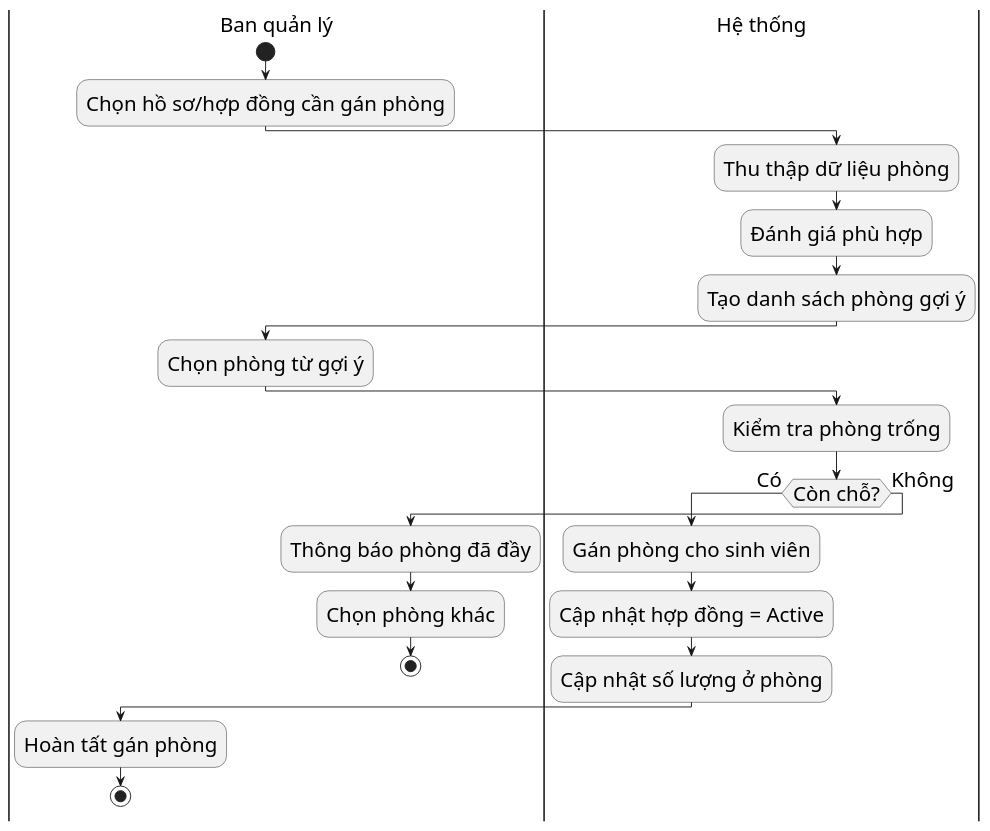
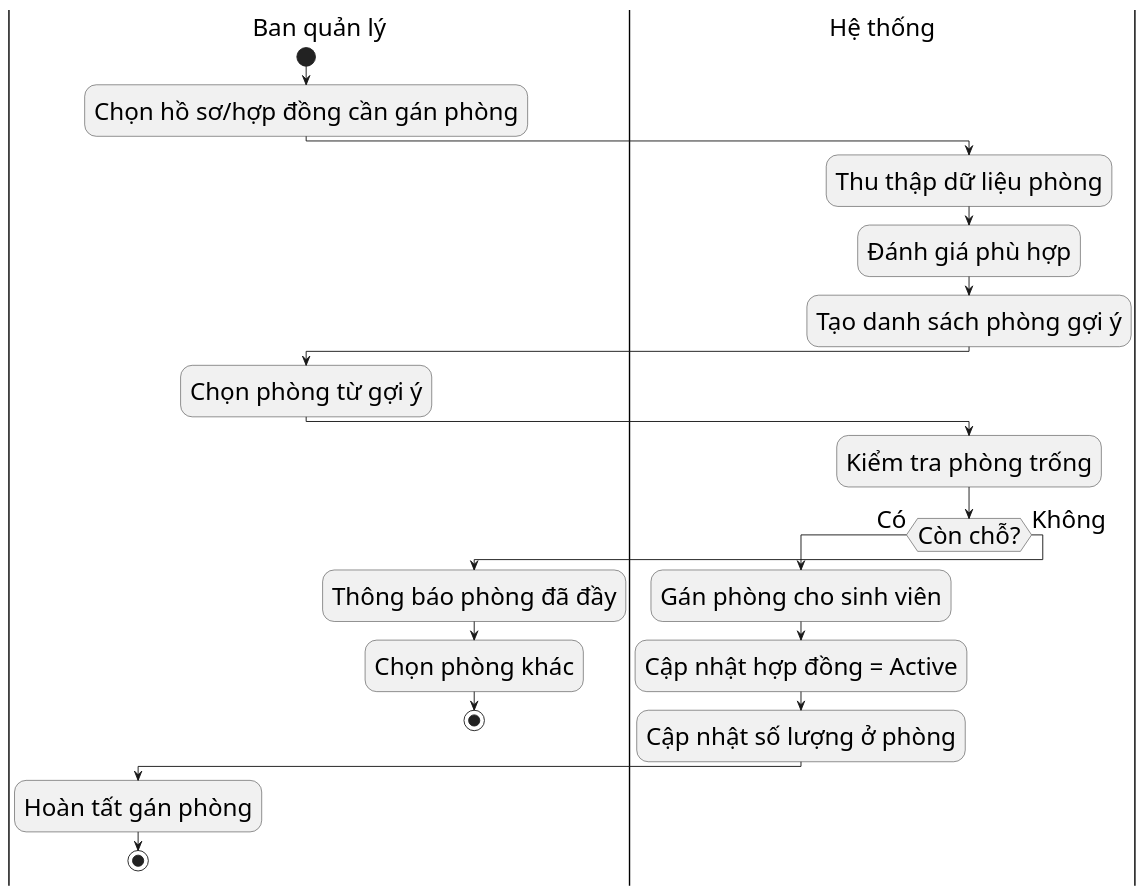
One commit to s0nbuildtech287/dormitory-frontend changed the diagram in diagrams/nhomphonghopdong/room_assignment_activity.puml. Above: the diagram before and after it, drawn with PlantUML. The commit also changed 2 other files, not shown here.

```diff
--- a/diagrams/nhomphonghopdong/room_assignment_activity.puml
+++ b/diagrams/nhomphonghopdong/room_assignment_activity.puml
@@ -1,28 +1,28 @@
 @startuml "Room Assignment Activity"
-skinparam defaultFontSize 22
+skinparam defaultFontSize 26s
 skinparam defaultFontName "Times New Roman"
 |Ban quản lý|
 start
 :Chọn hồ sơ/hợp đồng cần gán phòng;
 |Hệ thống|
 :Thu thập dữ liệu phòng;
 :Đánh giá phù hợp;
 :Tạo danh sách phòng gợi ý;
 |Ban quản lý|
 :Chọn phòng từ gợi ý;
 |Hệ thống|
 :Kiểm tra phòng trống;
 if (Còn chỗ?) then (Có)
   :Gán phòng cho sinh viên;
   :Cập nhật hợp đồng = Active;
   :Cập nhật số lượng ở phòng;
   |Ban quản lý|
   :Hoàn tất gán phòng;
   stop
 else (Không)
   :Thông báo phòng đã đầy;
   |Ban quản lý|
   :Chọn phòng khác;
   stop
 endif
 @enduml
```
